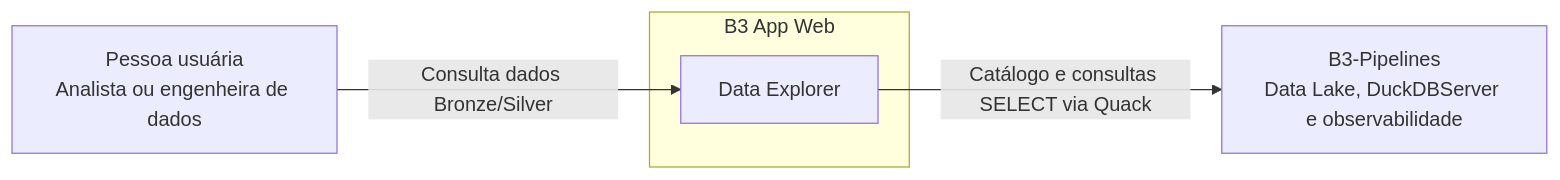
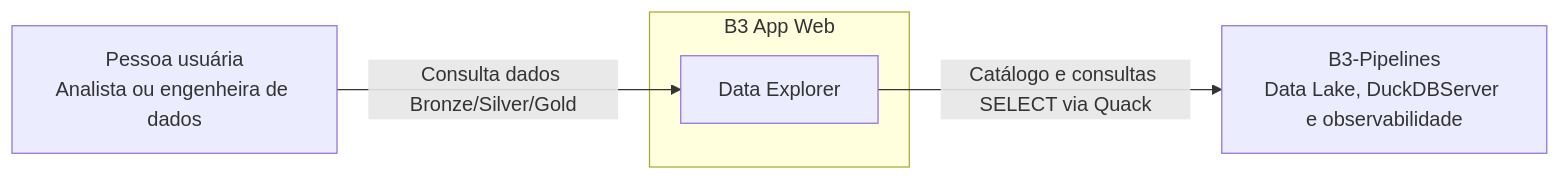
Before and after one commit to BiellBatista/Python.DataEngineering: the first of 2 diagrams in B3-Web-App/docs/index.md, drawn with Mermaid. The commit also changed other lines of this file and 31 other files, not shown here.

````diff
--- a/B3-Web-App/docs/index.md
+++ b/B3-Web-App/docs/index.md
@@ -28,11 +28,11 @@
 ```mermaid
 flowchart LR
     User["Pessoa usuária<br/>Analista ou engenheira de dados"]
     subgraph Web["B3 App Web"]
         App["Data Explorer"]
     end
     Lake["B3-Pipelines<br/>Data Lake, DuckDBServer e observabilidade"]
 
-    User -->|"Consulta dados Bronze/Silver"| App
+    User -->|"Consulta dados Bronze/Silver/Gold"| App
     App -->|"Catálogo e consultas SELECT via Quack"| Lake
 ```
````
